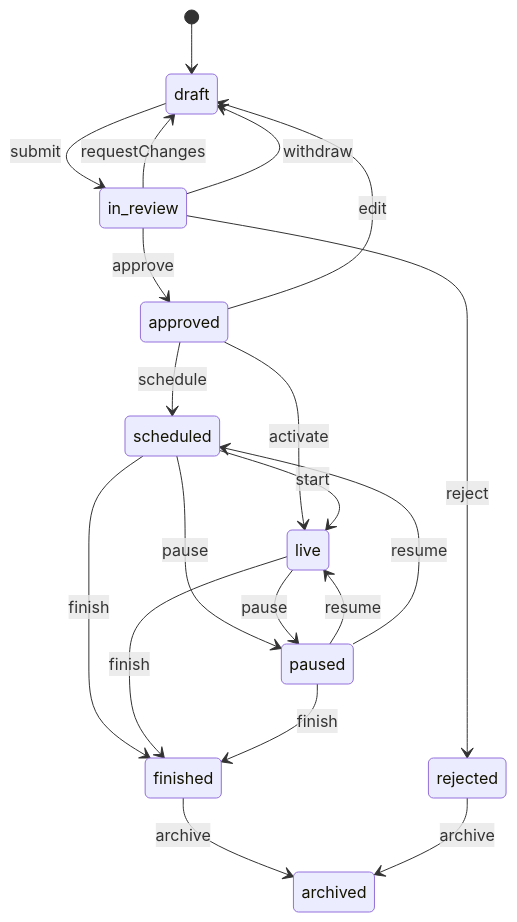
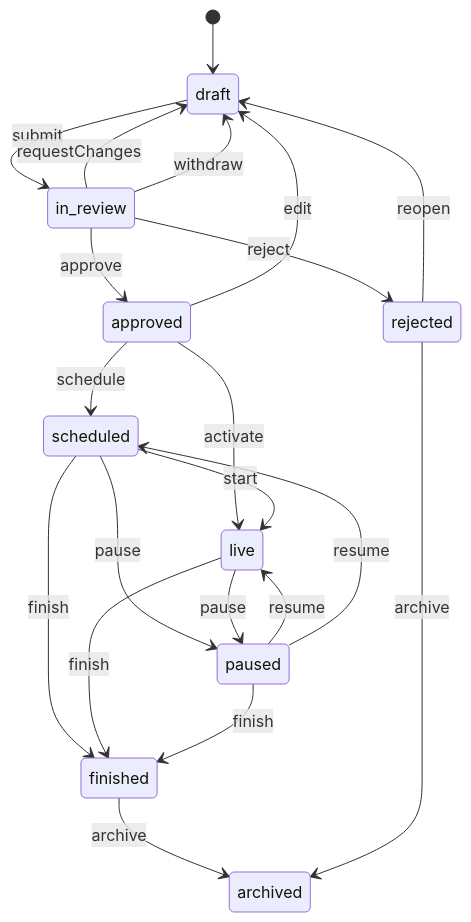
One commit to Virus-777/ecommerce changed the first of 3 diagrams in backend/src/modules/advertising/README.md. Above: the diagram before and after it, drawn with Mermaid. The commit also changed other lines of this file and 66 other files, not shown here.

````diff
--- a/backend/src/modules/advertising/README.md
+++ b/backend/src/modules/advertising/README.md
@@ -791,22 +792,23 @@
 ```mermaid
 stateDiagram-v2
   [*] --> draft
   draft --> in_review: submit
   in_review --> draft: requestChanges
   in_review --> draft: withdraw
   in_review --> approved: approve
   in_review --> rejected: reject
   approved --> scheduled: schedule
   approved --> live: activate
   approved --> draft: edit
   scheduled --> live: start
   scheduled --> paused: pause
   live --> paused: pause
   paused --> live: resume
   paused --> scheduled: resume
   scheduled --> finished: finish
   live --> finished: finish
   paused --> finished: finish
   finished --> archived: archive
   rejected --> archived: archive
+  rejected --> draft: reopen
 ```
````
